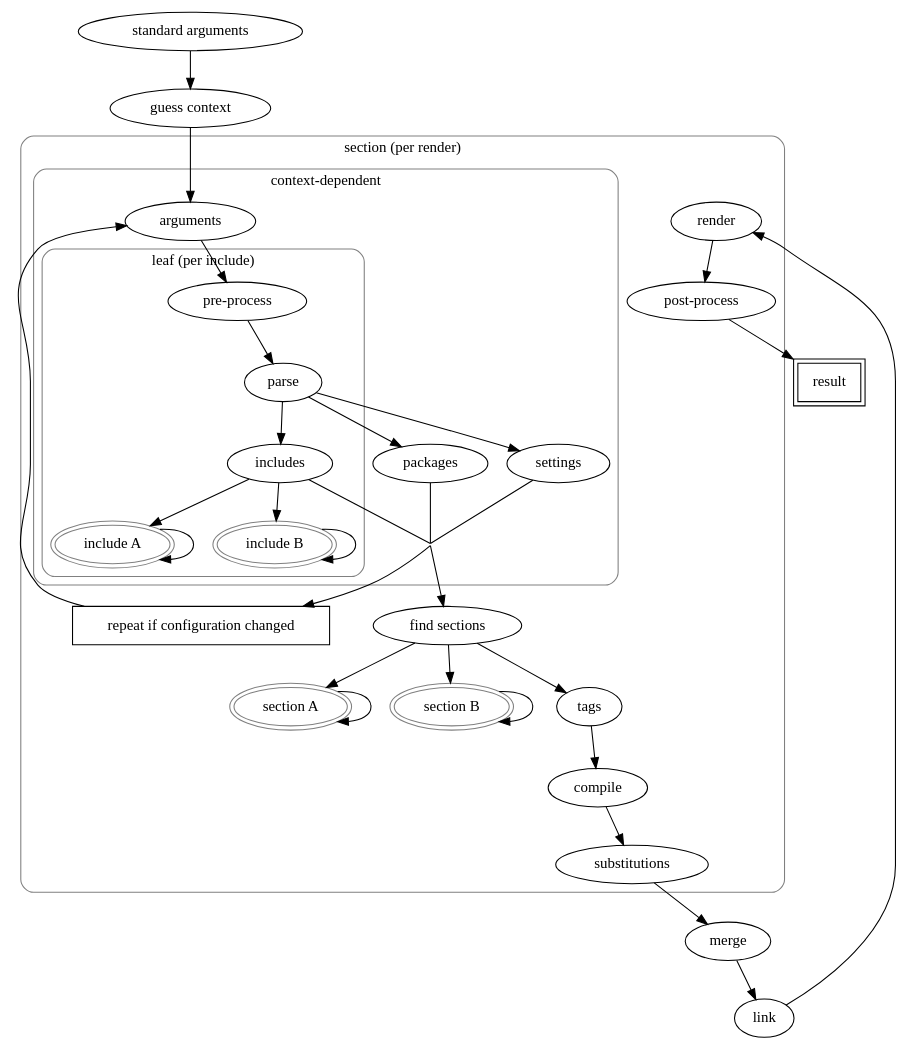
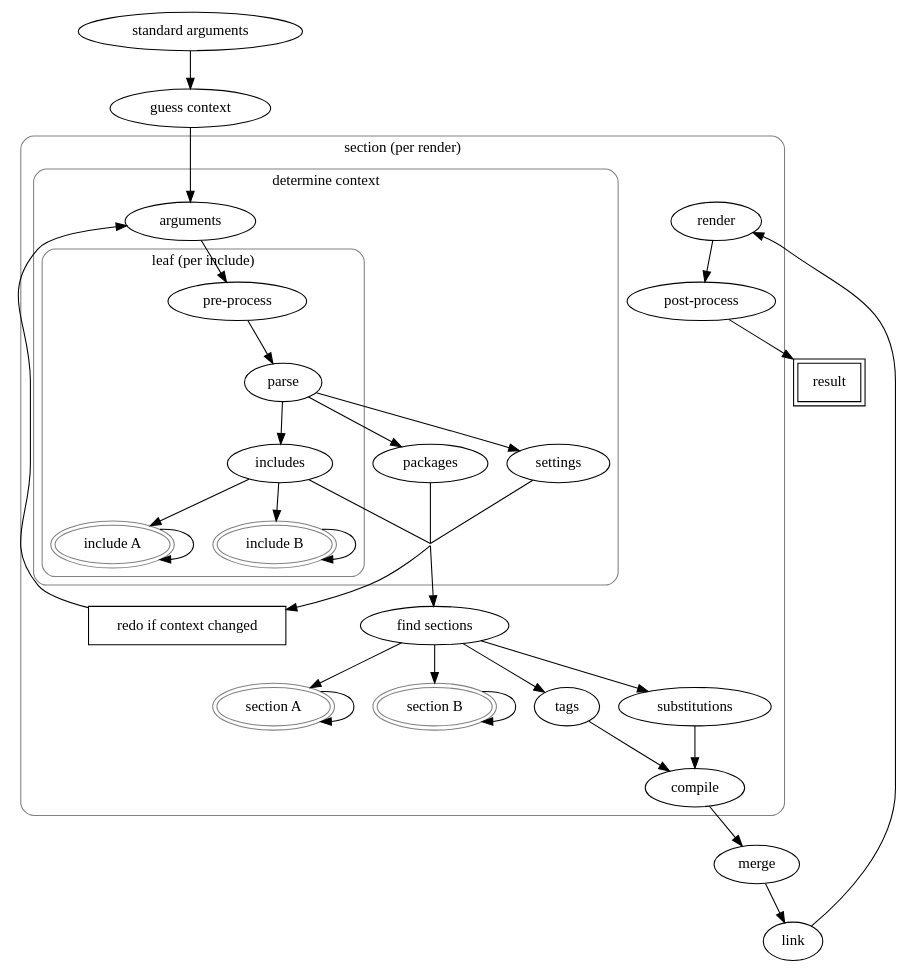
Before and after one commit to mverleg/notex_core: the diagram in doc/compile.rst, drawn with Graphviz. The commit also changed 5 other files, not shown here.

```diff
--- a/doc/compile.rst
+++ b/doc/compile.rst
@@ -10,55 +10,56 @@
 .. graphviz::
 
 	digraph compile {
 		subgraph cluster_per_section {
             label="section (per render)"
             graph[style=rounded,color=gray]
             subgraph cluster_in_context {
-                label="context-dependent"
+                label="determine context"
                 graph[style="rounded",color="gray"]
                 "arguments" [label="arguments"]
                 "pre-process" [label="pre-process"]
                 "parse" [label="parse"]
                 "packages" [label="packages"]
                 "settings" [label="settings"]
                 subgraph cluster_include_final {
                     label="leaf (per include)"
                     graph[style="rounded",color="gray"]
                     "pre-process" -> "parse" -> "includes"
                     "include A" [label="include A",peripheries=2,color=gray]
                     "include B" [label="include B",peripheries=2,color=gray]
                     "include A" -> "include A" [arrowname=crow]
                     "include B" -> "include B" [arrowname=crow]
                     "includes" -> "include A" [arrowname=crow]
                     "includes" -> "include B" [arrowname=crow]
                 }
                 "arguments" -> "pre-process"
                 "parse" -> "packages"
                 "parse" -> "settings"
                 "hidden-joint" [style=invis,height=0,label=""]
                 "includes" -> "hidden-joint" [dir=none]
                 "packages"  -> "hidden-joint" [dir=none]
                 "settings" -> "hidden-joint" [dir=none]
             }
-            "repeat" [shape=rounded,label="repeat if configuration changed"]
+            "repeat" [shape=rounded,label="redo if context changed"]
             "hidden-joint" -> "repeat"
             "repeat" -> "arguments"
             "hidden-joint" -> "find sections"
             "section A" [peripheries=2,color=gray]
             "section B" [peripheries=2,color=gray]
             "find sections" -> "section A" [arrowname=crow]
             "find sections" -> "section B" [arrowname=crow]
             "section A" -> "section A" [arrowname=crow]
             "section B" -> "section B" [arrowname=crow]
             "find sections" -> "tags"
+            "find sections" -> "substitutions"
             "tags" -> "compile"
-            "compile" -> "substitutions"
+            "substitutions" -> "compile"
             "render" -> "post-process"
 		}
 		"merge"
 		"link"
 		"result" [peripheries=2,shape=rounded]
-		"substitutions" -> "merge" -> "link" -> "render"
+		"compile" -> "merge" -> "link" -> "render"
 		"post-process" -> "result"
         "standard arguments" -> "guess context" -> "arguments"
 	}
```
